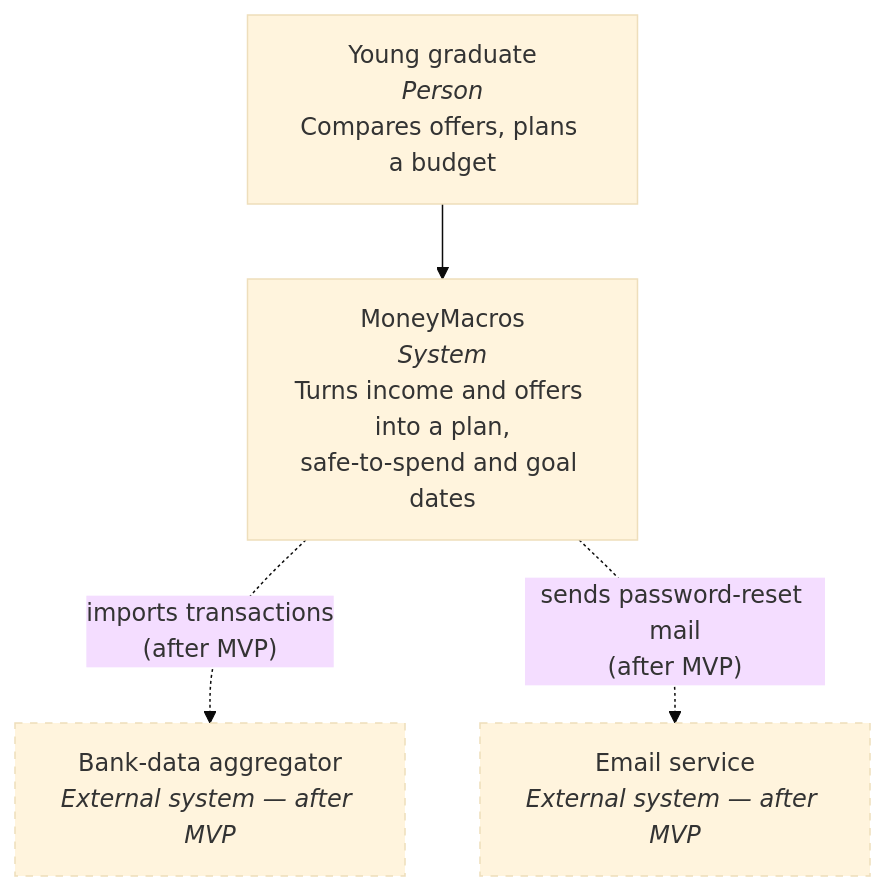
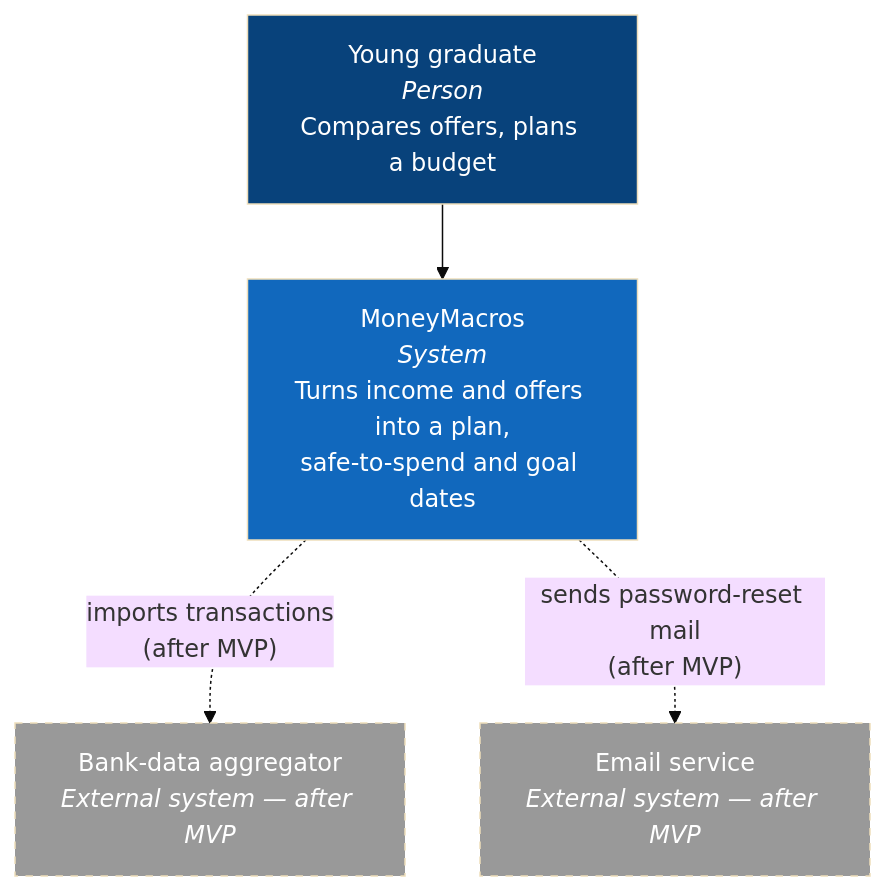
One commit to ilyas8888/moneymacros changed the first of 5 diagrams in docs/ARCHITECTURE.md. Above: the diagram before and after it, drawn with Mermaid (base theme). The commit also changed other lines of this file and 3 other files, not shown here.

````diff
--- a/docs/ARCHITECTURE.md
+++ b/docs/ARCHITECTURE.md
@@ -18,15 +18,19 @@
 ```mermaid
 flowchart TB
     graduate["Young graduate<br/><i>Person</i><br/>Compares offers, plans a budget"]
     mm["MoneyMacros<br/><i>System</i><br/>Turns income and offers into a plan,<br/>safe-to-spend and goal dates"]
 
     aggregator["Bank-data aggregator<br/><i>External system — after MVP</i>"]
     email["Email service<br/><i>External system — after MVP</i>"]
 
     graduate --> mm
     mm -.->|"imports transactions<br/>(after MVP)"| aggregator
     mm -.->|"sends password-reset mail<br/>(after MVP)"| email
 
-    classDef future stroke-dasharray: 5 5;
-    class aggregator,email future;
+    classDef person fill:#08427B,color:#ffffff;
+    classDef system fill:#1168BD,color:#ffffff;
+    classDef external fill:#999999,color:#ffffff,stroke-dasharray:5 5;
+    class graduate person;
+    class mm system;
+    class aggregator,email external;
 ```
````
